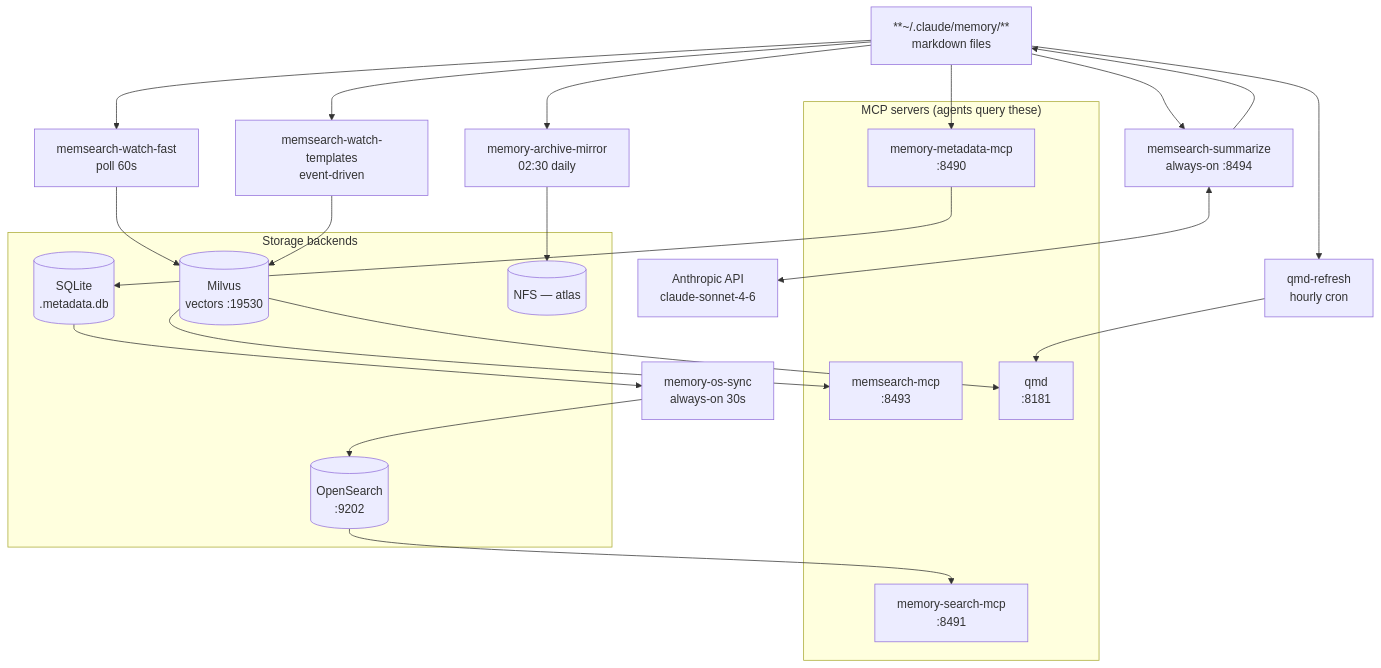
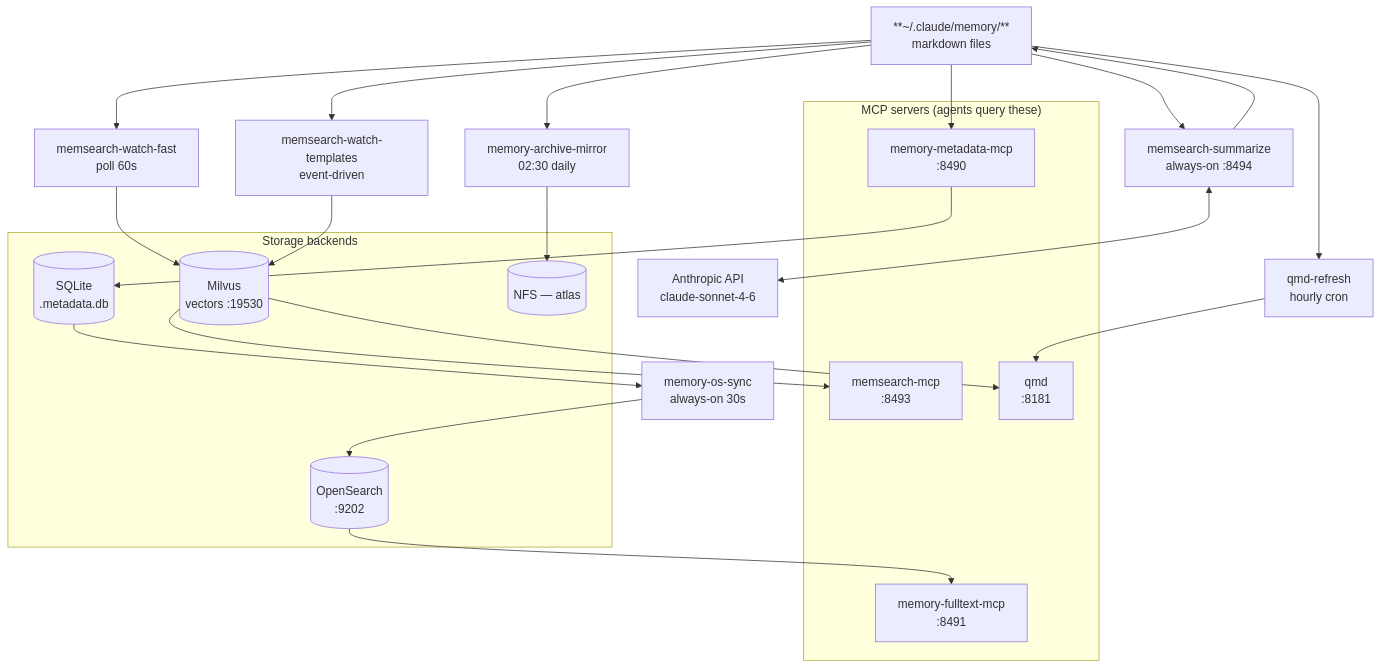
The second of 2 diagrams in docs/components/memory/memory-services.md (TadMSTR/homelab-agent), drawn with Mermaid before and after one commit. The commit also changed other lines of this file and 13 other files, not shown here.

````diff
--- a/docs/components/memory/memory-services.md
+++ b/docs/components/memory/memory-services.md
@@ -179,41 +184,41 @@
 ```mermaid
 flowchart TD
     files["**~/.claude/memory/**\nmarkdown files"]
 
     files --> summarize["memsearch-summarize\nalways-on :8494"]
     summarize <--> anthropic["Anthropic API\nclaude-sonnet-4-6"]
     summarize --> files
 
     files --> watch_fast["memsearch-watch-fast\npoll 60s"]
     files --> watch_tmpl["memsearch-watch-templates\nevent-driven"]
     watch_fast --> milvus[("Milvus\nvectors :19530")]
     watch_tmpl --> milvus
     milvus --> memsearch_mcp["memsearch-mcp\n:8493"]
     milvus --> qmd_svc["qmd\n:8181"]
 
     files --> qmd_refresh["qmd-refresh\nhourly cron"]
     qmd_refresh --> qmd_svc
 
     files --> meta_mcp["memory-metadata-mcp\n:8490"]
     meta_mcp --> sqlite[("SQLite\n.metadata.db")]
     sqlite --> os_sync["memory-os-sync\nalways-on 30s"]
     os_sync --> opensearch[("OpenSearch\n:9202")]
-    opensearch --> search_mcp["memory-search-mcp\n:8491"]
+    opensearch --> search_mcp["memory-fulltext-mcp\n:8491"]
 
     files --> archive["memory-archive-mirror\n02:30 daily"]
     archive --> nfs[("NFS — atlas\n<nas-ip>")]
 
     subgraph "MCP servers (agents query these)"
         memsearch_mcp
         qmd_svc
         meta_mcp
         search_mcp
     end
 
     subgraph "Storage backends"
         milvus
         sqlite
         opensearch
         nfs
     end
 ```
````
